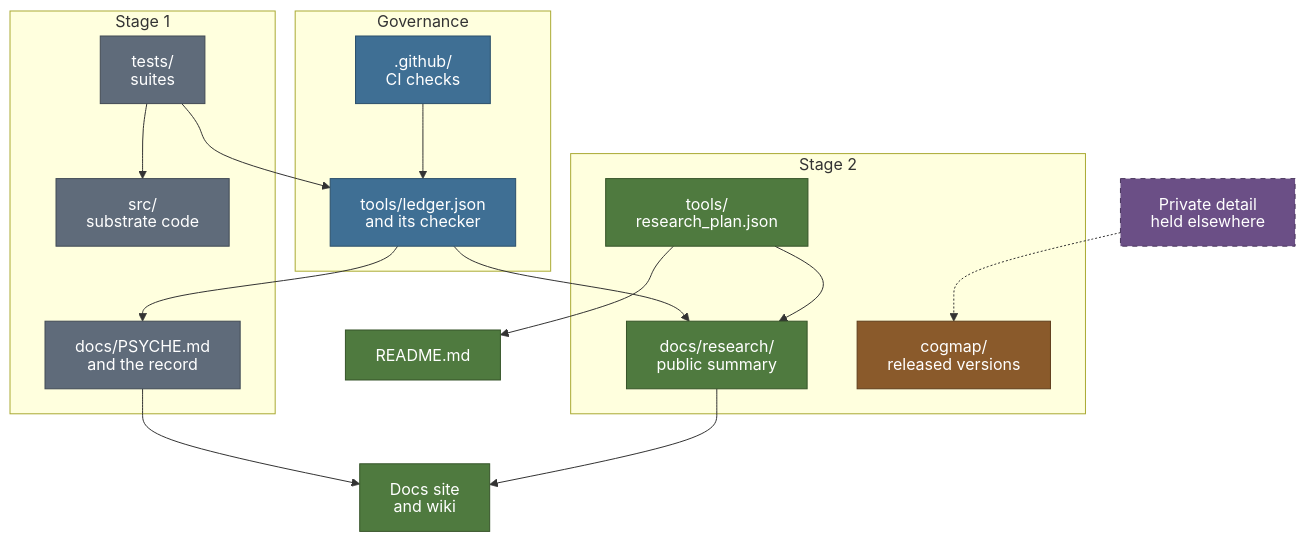
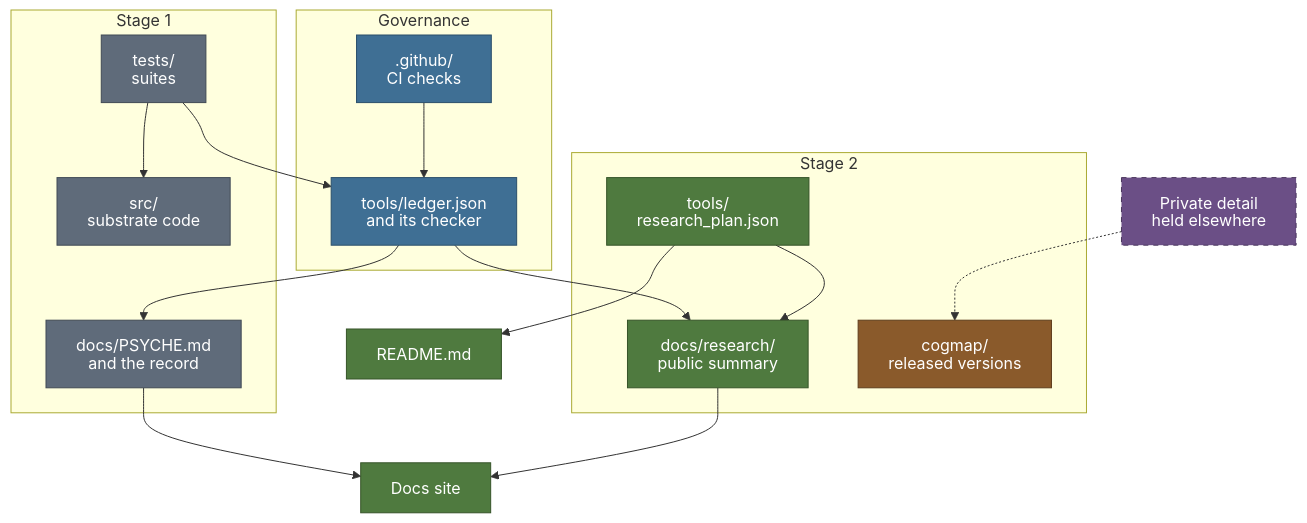
One commit to cagancaliskan/psyche changed the third of 3 diagrams in README.md. Above: the diagram before and after it, drawn with Mermaid. The commit also changed other lines of this file and 8 other files, not shown here.

````diff
--- a/README.md
+++ b/README.md
@@ -233,43 +232,43 @@
 ```mermaid
 %%{init: {"htmlLabels": false, "markdownAutoWrap": false, "flowchart": {"htmlLabels": false, "wrappingWidth": 400}}}%%
 flowchart TB
   subgraph S2["Stage 2"]
     plan["tools/<br/>research_plan.json"]
     rdocs["docs/research/<br/>public summary"]
     pkg["cogmap/<br/>released versions"]
   end
   subgraph S1["Stage 1"]
     suites["tests/<br/>suites"]
     core["src/<br/>substrate code"]
     record["docs/PSYCHE.md<br/>and the record"]
   end
   subgraph GOV["Governance"]
     ci[".github/<br/>CI checks"]
     ledger["tools/ledger.json<br/>and its checker"]
   end
   readme["README.md"]
-  site["Docs site<br/>and wiki"]
+  site["Docs site"]
   priv["Private detail<br/>held elsewhere"]
 
   plan --> readme
   plan --> rdocs
   rdocs --> site
   record --> site
   suites --> core
   suites --> ledger
   ci --> ledger
   ledger --> record
   ledger --> rdocs
   priv -.-> pkg
 
   classDef active fill:#4f7a3f,stroke:#365429,color:#ffffff
   classDef paused fill:#5f6b7a,stroke:#414a55,color:#ffffff
   classDef gov fill:#3f6f94,stroke:#2b4f6b,color:#ffffff
   classDef released fill:#8a5a2b,stroke:#5f3d1c,color:#ffffff
   classDef priv fill:#6b4f86,stroke:#4a365d,color:#ffffff,stroke-dasharray:5 5
   class plan,rdocs,readme,site active
   class pkg released
   class core,suites,record paused
   class ledger,ci gov
   class priv priv
 ```
````
